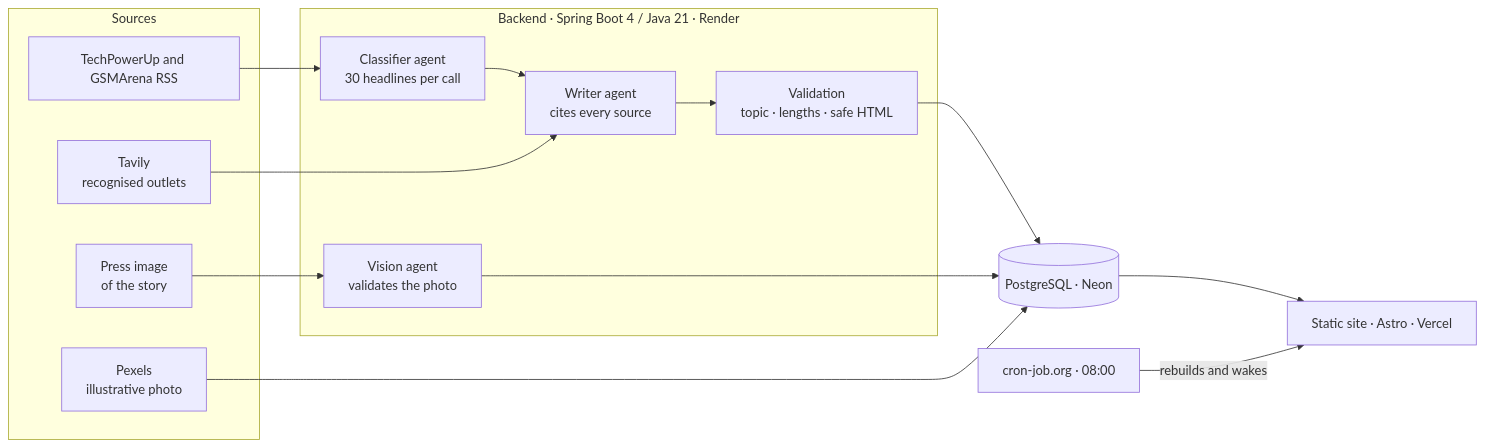
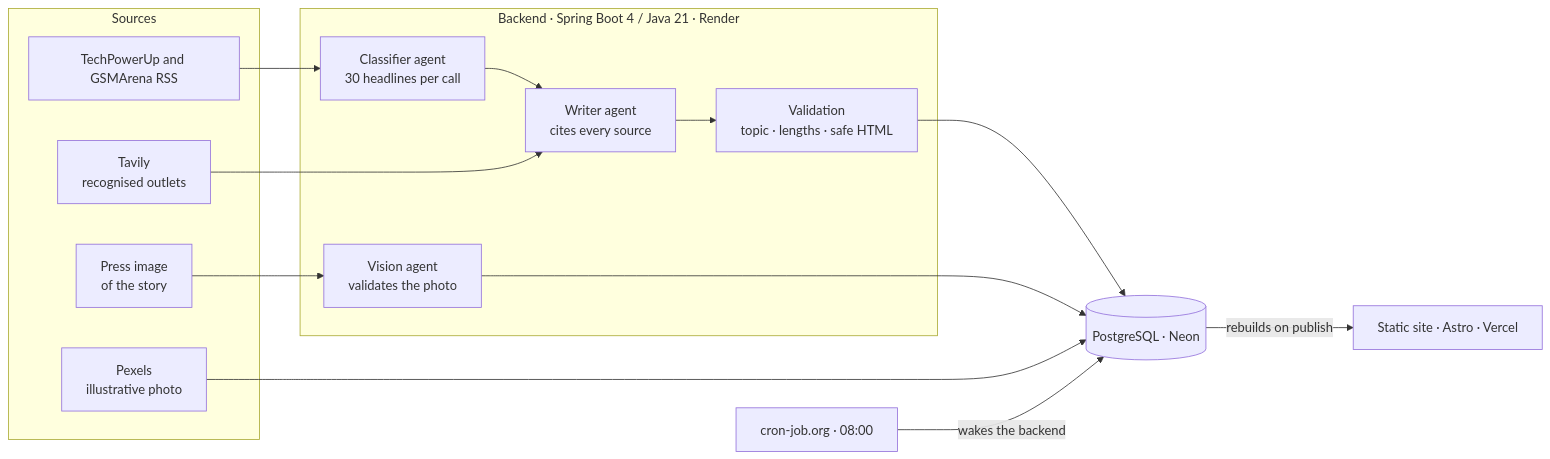
The diagram in README.en.md (rodrigo27supr/vexelbyte-web), drawn with Mermaid before and after one commit. The commit also changed other lines of this file and 20 other files, not shown here.

````diff
--- a/README.en.md
+++ b/README.en.md
@@ -68,27 +68,27 @@
 ```mermaid
 flowchart LR
     subgraph Sources
         RSS[TechPowerUp and GSMArena RSS]
         TAVILY[Tavily<br/>recognised outlets]
         PRESS[Press image<br/>of the story]
         PEXELS[Pexels<br/>illustrative photo]
     end
 
     subgraph Backend["Backend · Spring Boot 4 / Java 21 · Render"]
         CLS[Classifier agent<br/>30 headlines per call]
         WRT[Writer agent<br/>cites every source]
         VISION[Vision agent<br/>validates the photo]
         VAL[Validation<br/>topic · lengths · safe HTML]
     end
 
     DB[(PostgreSQL · Neon)]
     WEB[Static site · Astro · Vercel]
     CRON[cron-job.org · 08:00]
 
     RSS --> CLS --> WRT --> VAL --> DB
     TAVILY --> WRT
     PRESS --> VISION --> DB
     PEXELS --> DB
-    DB --> WEB
-    CRON -- rebuilds and wakes --> WEB
+    DB -- rebuilds on publish --> WEB
+    CRON -- wakes the backend --> DB
 ```
````
